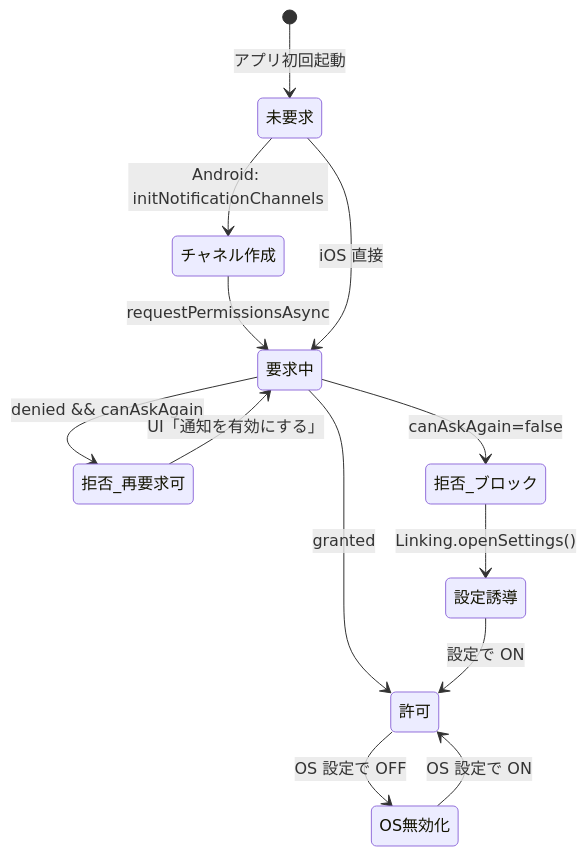
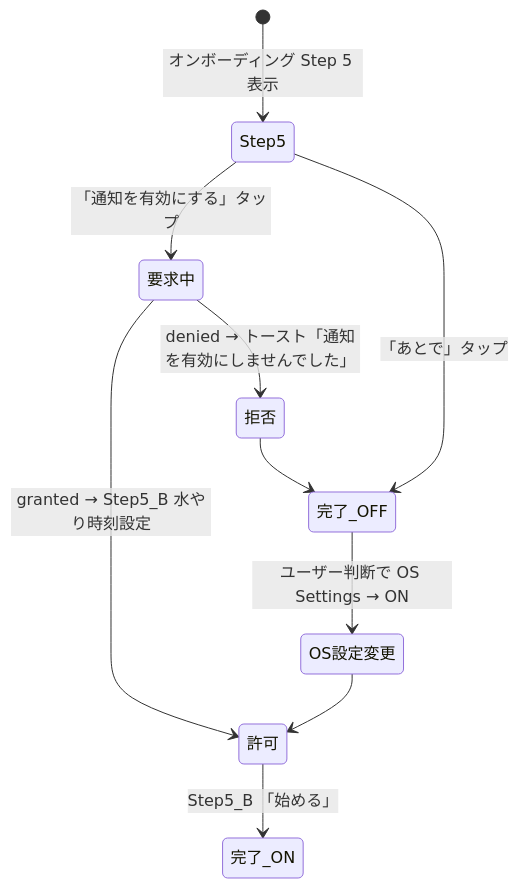
Before and after one commit to doooooraku/BonsaiLog: diagram 15 of 18 in docs/reference/functional_spec.md, drawn with Mermaid. The commit also changed other lines of this file and 11 other files, not shown here.

````diff
--- a/docs/reference/functional_spec.md
+++ b/docs/reference/functional_spec.md
@@ -2119,15 +2650,12 @@
 ```mermaid
 stateDiagram-v2
-  [*] --> 未要求: アプリ初回起動
-  未要求 --> チャネル作成: Android: initNotificationChannels
-  チャネル作成 --> 要求中: requestPermissionsAsync
-  未要求 --> 要求中: iOS 直接
-  要求中 --> 許可: granted
-  要求中 --> 拒否_再要求可: denied && canAskAgain
-  要求中 --> 拒否_ブロック: canAskAgain=false
-  拒否_再要求可 --> 要求中: UI「通知を有効にする」
-  拒否_ブロック --> 設定誘導: Linking.openSettings()
-  設定誘導 --> 許可: 設定で ON
-  許可 --> OS無効化: OS 設定で OFF
-  OS無効化 --> 許可: OS 設定で ON
+  [*] --> Step5: オンボーディング Step 5 表示
+  Step5 --> 要求中: 「通知を有効にする」タップ
+  Step5 --> 完了_OFF: 「あとで」タップ
+  要求中 --> 許可: granted → Step5_B 水やり時刻設定
+  要求中 --> 拒否: denied → トースト「通知を有効にしませんでした」
+  許可 --> 完了_ON: Step5_B 「始める」
+  拒否 --> 完了_OFF
+  完了_OFF --> OS設定変更: ユーザー判断で OS Settings → ON
+  OS設定変更 --> 許可
 ```
````
